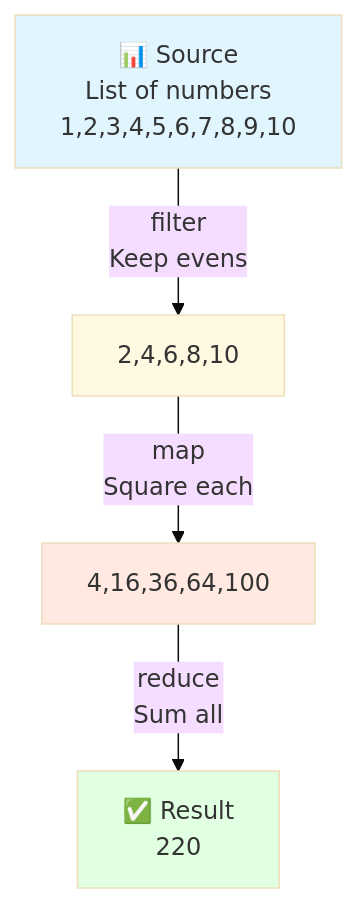
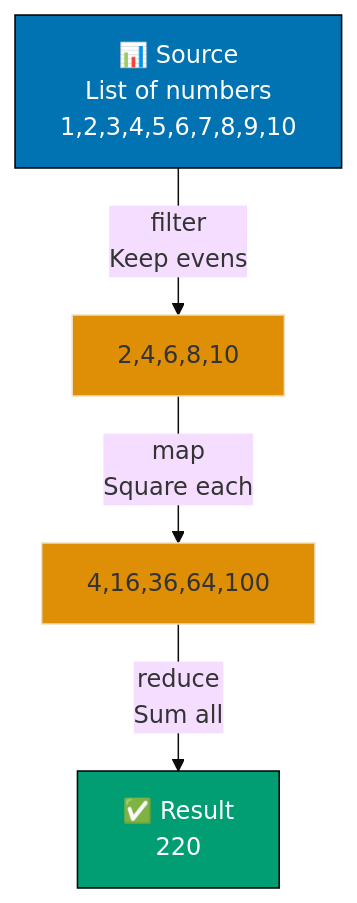
Before and after one commit to wahidyankf/open-sharia-enterprise: the diagram in docs/tutorials/software-engineering/programming-languages/java/tu-se-pl-ja__intermediate.md, drawn with Mermaid (base theme). The commit also changed other lines of this file and 22 other files, not shown here.

First line of the commit message:
docs(diagrams): ensure all mermaid diagrams use color-blind friendly palette

````diff
--- a/docs/tutorials/software-engineering/programming-languages/java/tu-se-pl-ja__intermediate.md
+++ b/docs/tutorials/software-engineering/programming-languages/java/tu-se-pl-ja__intermediate.md
@@ -453,11 +456,11 @@
 ```mermaid
 graph TD
     A["📊 Source<br/>List of numbers<br/>1,2,3,4,5,6,7,8,9,10"] -->|filter<br/>Keep evens| B["2,4,6,8,10"]
     B -->|map<br/>Square each| C["4,16,36,64,100"]
     C -->|reduce<br/>Sum all| D["✅ Result<br/>220"]
 
-    style A fill:#e1f5ff
-    style B fill:#fff9e1
-    style C fill:#ffe9e1
-    style D fill:#e1ffe1
+    style A fill:#0173B2,stroke:#000000,color:#FFFFFF
+    style B fill:#DE8F05
+    style C fill:#DE8F05
+    style D fill:#029E73,stroke:#000000,color:#FFFFFF
 ```
````
